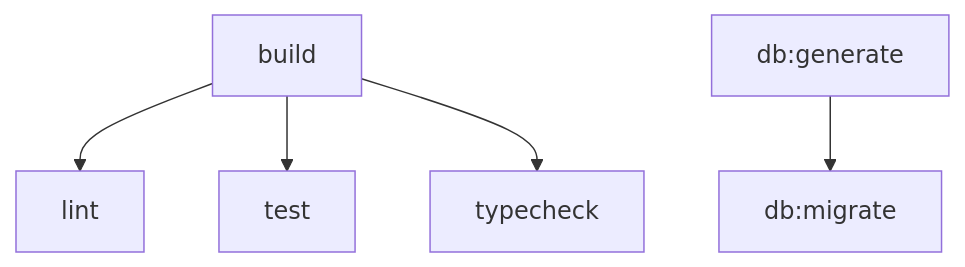
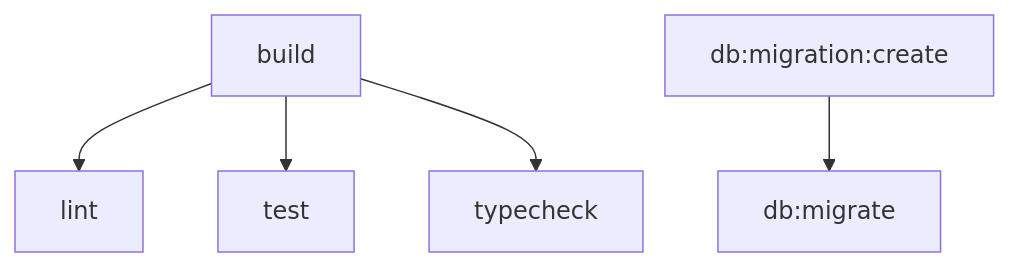
One commit to MoLOS-App/MoLOS changed the diagram in documentation/modules/turborepo.md. Above: the diagram before and after it, drawn with Mermaid. The commit also changed other lines of this file and 17 other files, not shown here.

````diff
--- a/documentation/modules/turborepo.md
+++ b/documentation/modules/turborepo.md
@@ -68,7 +68,7 @@
 ```mermaid
 graph TD
     A[build] --> B[lint]
     A --> C[test]
     A --> D[typecheck]
-    E[db:generate] --> F[db:migrate]
+    E[db:migration:create] --> F[db:migrate]
 ```
````
